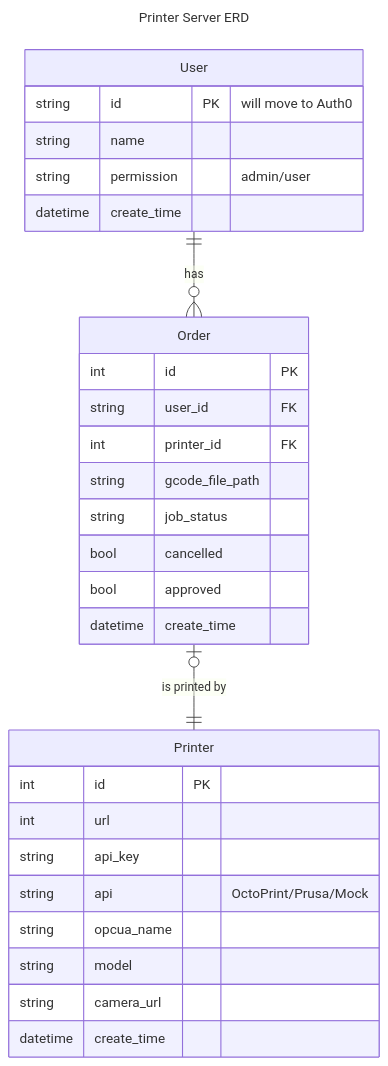
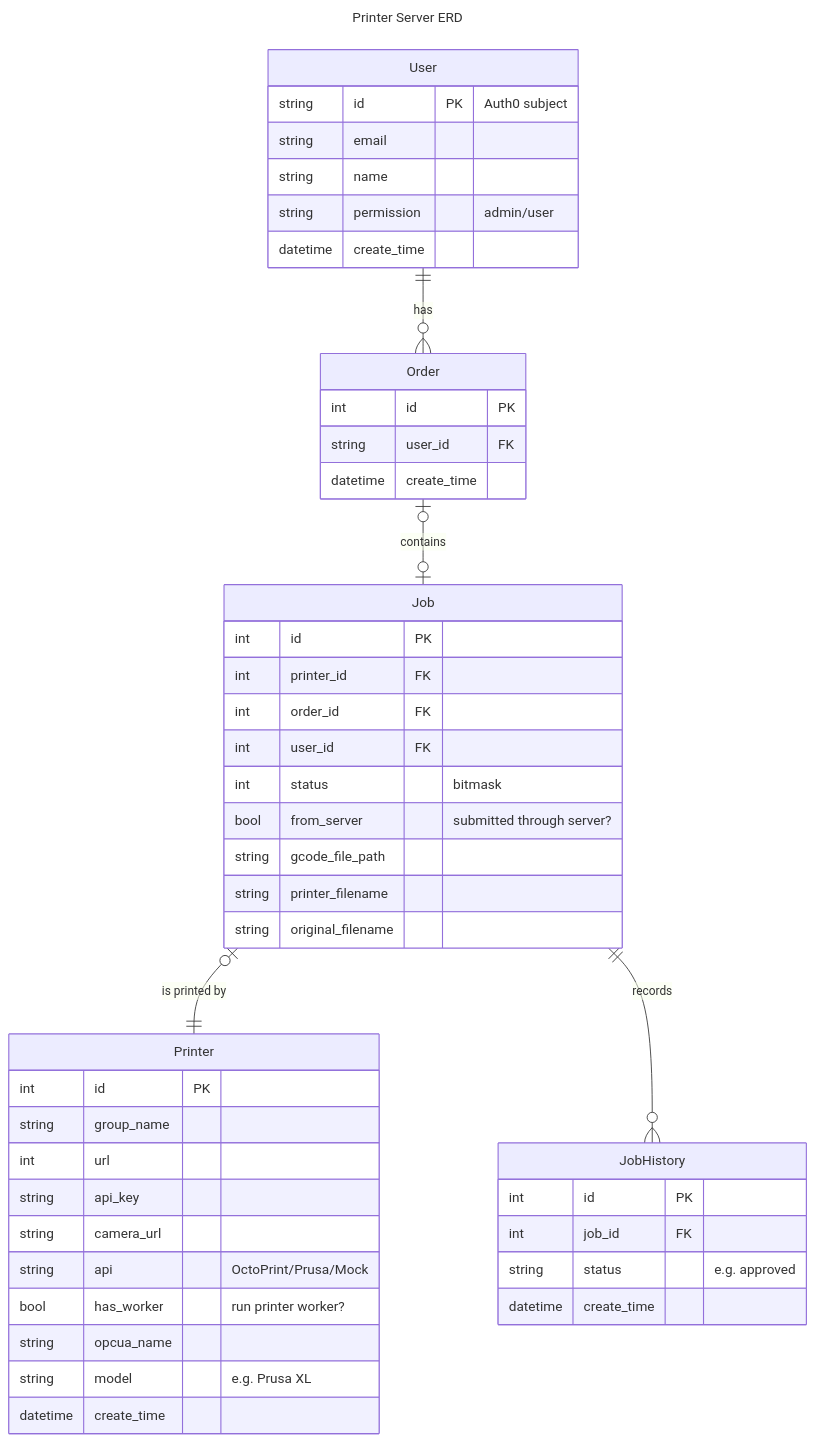
One commit to monashautomation/mes-printing-server changed the diagram in README.md. Above: the diagram before and after it, drawn with Mermaid. The commit also changed 2 other files, not shown here.

Commit message:
docs: update ERD

````diff
--- a/README.md
+++ b/README.md
@@ -144,34 +144,51 @@
 ```mermaid
 ---
 title: Printer Server ERD
 ---
 erDiagram
-    User ||--o{ Order: has
-    Order o|--|| Printer: "is printed by"
-    User {
-        string id PK "will move to Auth0"
-        string name
-        string permission "admin/user"
-        datetime create_time
-    }
-    Printer {
-        int id PK
-        int url
-        string api_key
-        string api "OctoPrint/Prusa/Mock"
-        string opcua_name
-        string model
-        string camera_url
-        datetime create_time
-    }
-    Order {
-        int id PK
-        string user_id FK
-        int printer_id FK
-        string gcode_file_path
-        string job_status
-        bool cancelled
-        bool approved
-        datetime create_time
-    }
+  User ||--o{ Order: has
+  Order o|--o| Job: contains
+  Job o|--|| Printer: "is printed by"
+  Job ||--o{ JobHistory: "records"
+  User {
+    string id PK "Auth0 subject"
+    string email
+    string name
+    string permission "admin/user"
+    datetime create_time
+  }
+  Printer {
+    int id PK
+    string group_name
+    int url
+    string api_key
+    string camera_url
+    string api "OctoPrint/Prusa/Mock"
+    bool has_worker "run printer worker?"
+    string opcua_name
+    string model "e.g. Prusa XL"
+    datetime create_time
+  }
+  Job {
+    int id PK
+    int printer_id FK
+    int order_id FK
+    int user_id FK
+    int status "bitmask"
+    bool from_server "submitted through server?"
+    string gcode_file_path
+    string printer_filename
+    string original_filename
+  }
+  JobHistory {
+    int id PK
+    int job_id FK
+    string status "e.g. approved"
+    datetime create_time
+  }
+  Order {
+    int id PK
+    string user_id FK
+    datetime create_time
+  }
 ```
````
